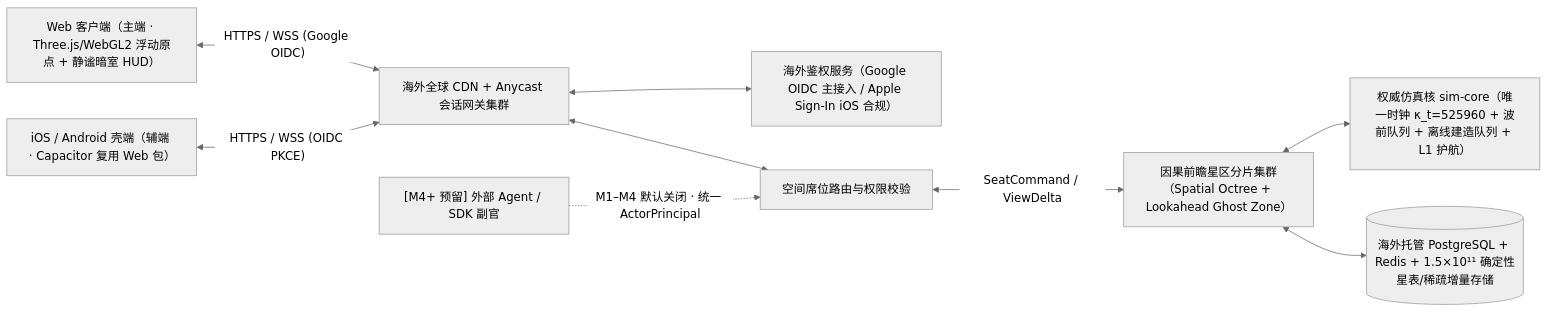
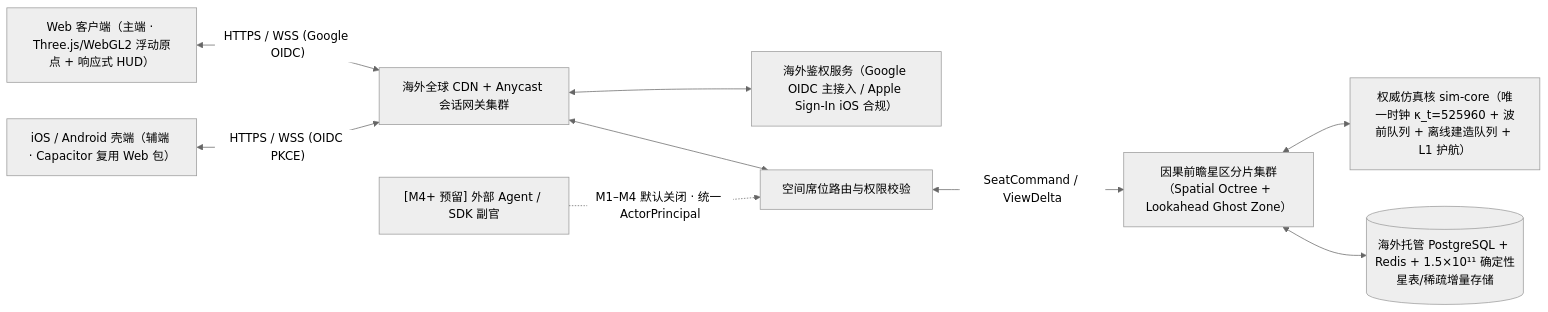
One commit to GloryXia/stars changed the first of 2 diagrams in docs/specs/ARCHITECTURE.md. Above: the diagram before and after it, drawn with Mermaid (neutral theme). The commit also changed other lines of this file and 85 other files, not shown here.

````diff
--- a/docs/specs/ARCHITECTURE.md
+++ b/docs/specs/ARCHITECTURE.md
@@ -13,11 +13,11 @@
 ```mermaid
 flowchart LR
-    Web["Web 客户端（主端 · Three.js/WebGL2 浮动原点 + 静谧暗室 HUD）"] <-->|"HTTPS / WSS (Google OIDC)"| Edge["海外全球 CDN + Anycast 会话网关集群"]
+    Web["Web 客户端（主端 · Three.js/WebGL2 浮动原点 + 响应式 HUD）"] <-->|"HTTPS / WSS (Google OIDC)"| Edge["海外全球 CDN + Anycast 会话网关集群"]
     Mob["iOS / Android 壳端（辅端 · Capacitor 复用 Web 包）"] <-->|"HTTPS / WSS (OIDC PKCE)"| Edge
     Edge <--> Auth["海外鉴权服务（Google OIDC 主接入 / Apple Sign-In iOS 合规）"]
     Edge <--> Router["空间席位路由与权限校验"]
     Router <-->|"SeatCommand / ViewDelta"| Sectors["因果前瞻星区分片集群（Spatial Octree + Lookahead Ghost Zone）"]
     Sectors <--> Sim["权威仿真核 sim-core（唯一时钟 κ_t=525960 + 波前队列 + 离线建造队列 + L1 护航）"]
     Sectors <--> Store[("海外托管 PostgreSQL + Redis + 1.5×10¹¹ 确定性星表/稀疏增量存储")]
     ExtAgent["[M4+ 预留] 外部 Agent / SDK 副官"] -.->|"M1–M4 默认关闭 · 统一 ActorPrincipal"| Router
 ```
````
